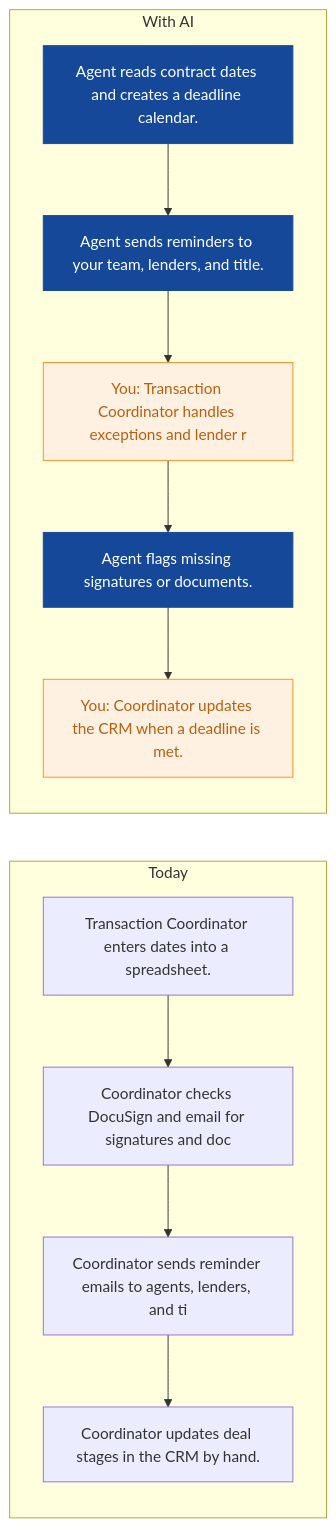
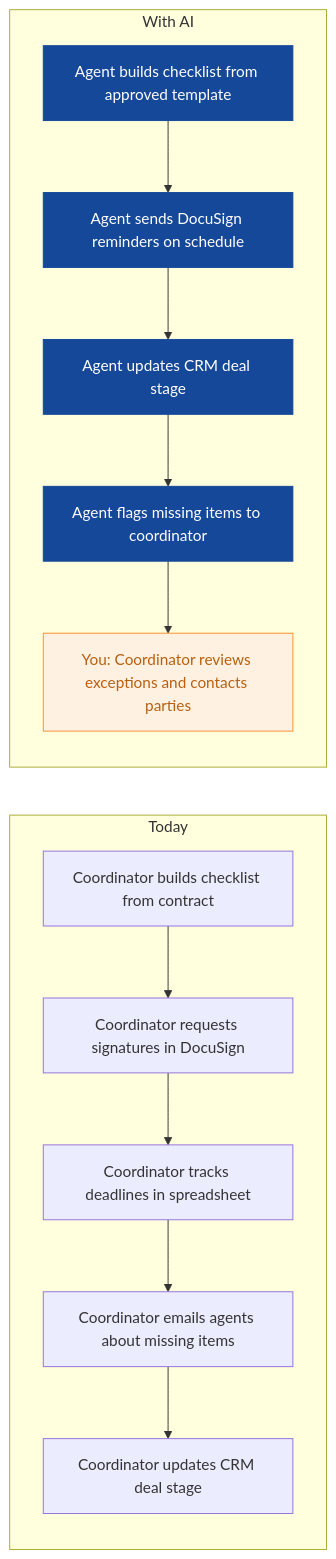
Before and after one commit to nexibeo/Complete-AI-Strategy: the third of 9 diagrams in strategies/northpeak-realty.md, drawn with Mermaid. The commit also changed other lines of this file and 26 other files, not shown here.

````diff
--- a/strategies/northpeak-realty.md
+++ b/strategies/northpeak-realty.md
@@ -101,22 +110,23 @@
 ```mermaid
 flowchart LR
   subgraph Today
-    B0["Transaction Coordinator enters dates into a spreadsheet."]
-    B1["Coordinator checks DocuSign and email for signatures and doc"]
-    B2["Coordinator sends reminder emails to agents, lenders, and ti"]
-    B3["Coordinator updates deal stages in the CRM by hand."]
-    B0 --> B1 --> B2 --> B3
+    B0["Coordinator builds checklist from contract"]
+    B1["Coordinator requests signatures in DocuSign"]
+    B2["Coordinator tracks deadlines in spreadsheet"]
+    B3["Coordinator emails agents about missing items"]
+    B4["Coordinator updates CRM deal stage"]
+    B0 --> B1 --> B2 --> B3 --> B4
   end
   subgraph WithAI[With AI]
-    A0["Agent reads contract dates and creates a deadline calendar."]
-    A1["Agent sends reminders to your team, lenders, and title."]
-    A2["You: Transaction Coordinator handles exceptions and lender r"]
-    A3["Agent flags missing signatures or documents."]
-    A4["You: Coordinator updates the CRM when a deadline is met."]
+    A0["Agent builds checklist from approved template"]
+    A1["Agent sends DocuSign reminders on schedule"]
+    A2["Agent updates CRM deal stage"]
+    A3["Agent flags missing items to coordinator"]
+    A4["You: Coordinator reviews exceptions and contacts parties"]
     A0 --> A1 --> A2 --> A3 --> A4
   end
   classDef ai fill:#154899,color:#fff,stroke:#154899
   classDef human fill:#FFF1E2,color:#B8600F,stroke:#F98F2C
-  class A0,A1,A3 ai
-  class A2,A4 human
+  class A0,A1,A2,A3 ai
+  class A4 human
 ```
````
